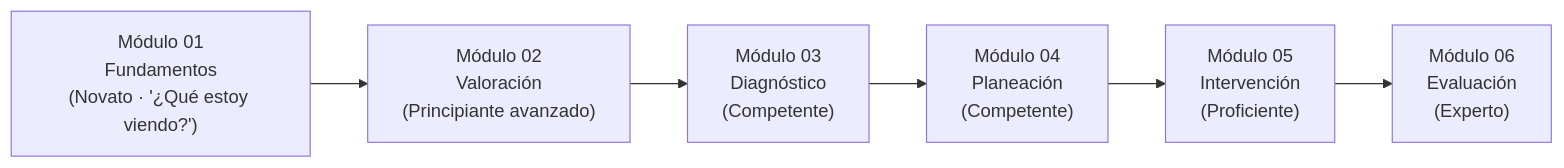
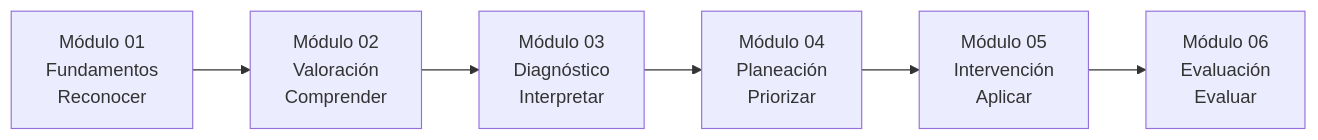
One commit to andresarangoez/OVA-ARRITMIAS-CARDIACAS changed the second of 2 diagrams in docs/ARQUITECTURA-PEDAGOGICA-MODULO-01.md. Above: the diagram before and after it, drawn with Mermaid. The commit also changed other lines of this file and 5 other files, not shown here.

````diff
--- a/docs/ARQUITECTURA-PEDAGOGICA-MODULO-01.md
+++ b/docs/ARQUITECTURA-PEDAGOGICA-MODULO-01.md
@@ -185,20 +202,20 @@
 ```mermaid
 graph LR
     M1["Módulo 01
 Fundamentos
-(Novato · '¿Qué estoy viendo?')"] --> M2["Módulo 02
+Reconocer"] --> M2["Módulo 02
 Valoración
-(Principiante avanzado)"]
+Comprender"]
     M2 --> M3["Módulo 03
 Diagnóstico
-(Competente)"]
+Interpretar"]
     M3 --> M4["Módulo 04
 Planeación
-(Competente)"]
+Priorizar"]
     M4 --> M5["Módulo 05
 Intervención
-(Proficiente)"]
+Aplicar"]
     M5 --> M6["Módulo 06
 Evaluación
-(Experto)"]
+Evaluar"]
 ```
````
